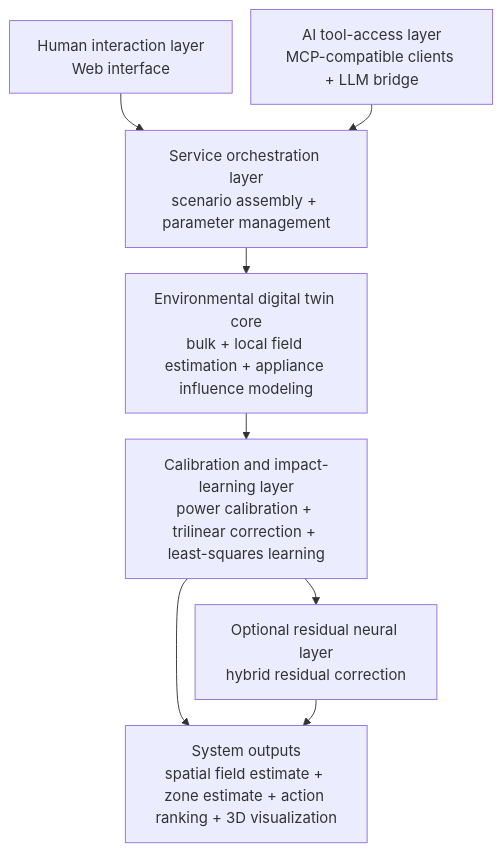
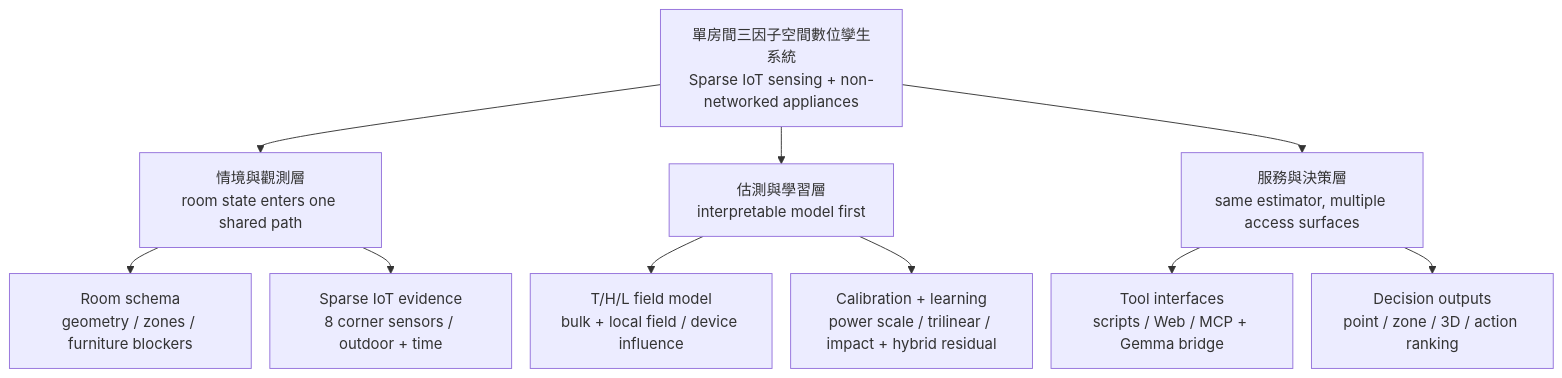
Before and after one commit to Yunitrish006006/A-Spatial-Digital-Twin-Prototype-for-Indoor-Spaces-with-Environmental-Factors: the first of 9 diagrams in docs/thesis/system_architecture_diagrams_zh.md, drawn with Mermaid. The commit also changed other lines of this file and 20 other files, not shown here.

First line of the commit message:
Refactor system architecture representation and update related documentation

````diff
--- a/docs/thesis/system_architecture_diagrams_zh.md
+++ b/docs/thesis/system_architecture_diagrams_zh.md
@@ -9,19 +9,18 @@
 ```mermaid
 %%{init: {'flowchart': {'nodeSpacing': 20, 'rankSpacing': 28}} }%%
 flowchart TB
-    U1["Human interaction layer<br/>Web interface"]
-    U2["AI tool-access layer<br/>MCP-compatible clients + LLM bridge"]
-    S1["Service orchestration layer<br/>scenario assembly + parameter management"]
-    P0["Environmental digital twin core<br/>bulk + local field estimation + appliance influence modeling"]
-    C1["Calibration and impact-learning layer<br/>power calibration + trilinear correction + least-squares learning"]
-    N1["Optional residual neural layer<br/>hybrid residual correction"]
-    O1["System outputs<br/>spatial field estimate + zone estimate + action ranking + 3D visualization"]
+    ROOT["單房間三因子空間數位孿生系統<br/>Sparse IoT sensing + non-networked appliances"]
 
-    U1 --> S1
-    U2 --> S1
-    S1 --> P0
-    P0 --> C1
-    C1 --> N1
-    C1 --> O1
-    N1 --> O1
+    ROOT --> OBS["情境與觀測層<br/>room state enters one shared path"]
+    ROOT --> MODEL["估測與學習層<br/>interpretable model first"]
+    ROOT --> SERVICE["服務與決策層<br/>same estimator, multiple access surfaces"]
+
+    OBS --> ROOM["Room schema<br/>geometry / zones / furniture blockers"]
+    OBS --> SENSOR["Sparse IoT evidence<br/>8 corner sensors / outdoor + time"]
+
+    MODEL --> FIELD["T/H/L field model<br/>bulk + local field / device influence"]
+    MODEL --> LEARN["Calibration + learning<br/>power scale / trilinear / impact + hybrid residual"]
+
+    SERVICE --> TOOLS["Tool interfaces<br/>scripts / Web / MCP + Gemma bridge"]
+    SERVICE --> OUT["Decision outputs<br/>point / zone / 3D / action ranking"]
 ```
````
